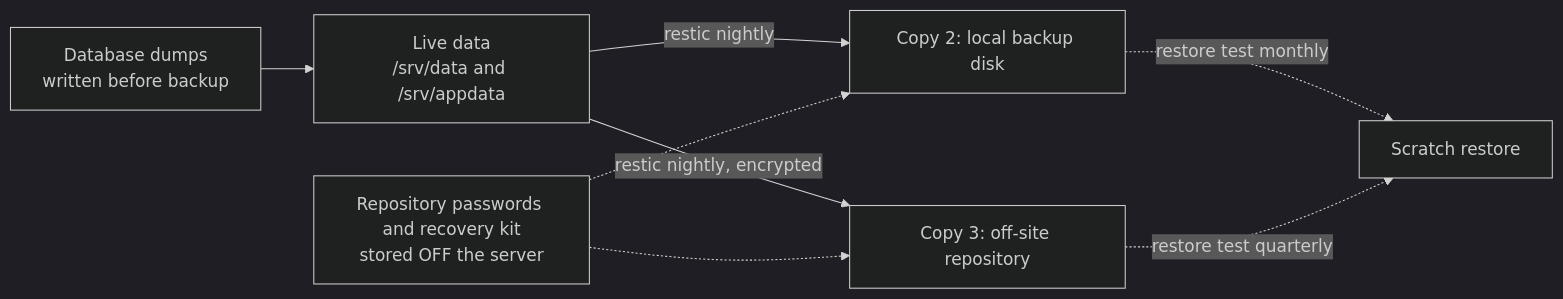
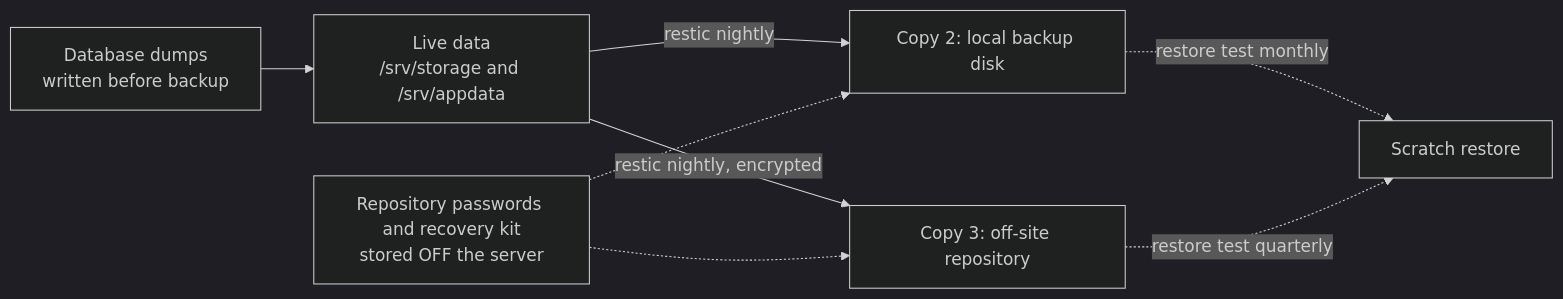
One commit to MEDHUN17/dharane changed the fourth of 11 diagrams in docs/01-architecture.md. Above: the diagram before and after it, drawn with Mermaid (dark theme). The commit also changed other lines of this file and 10 other files, not shown here.

First line of the commit message:
Add design decisions, storage layout, hardware tiers, roadmap, Part L

````diff
--- a/docs/01-architecture.md
+++ b/docs/01-architecture.md
@@ -109,10 +109,10 @@
 ```mermaid
 flowchart LR
-  LIVE["Live data<br/>/srv/data and /srv/appdata"] -->|"restic nightly"| LOCAL["Copy 2: local backup disk"]
+  LIVE["Live data<br/>/srv/storage and /srv/appdata"] -->|"restic nightly"| LOCAL["Copy 2: local backup disk"]
   LIVE -->|"restic nightly, encrypted"| OFF["Copy 3: off-site repository"]
   DUMP["Database dumps<br/>written before backup"] --> LIVE
   KEYS["Repository passwords and recovery kit<br/>stored OFF the server"] -.-> LOCAL
   KEYS -.-> OFF
   LOCAL -.->|"restore test monthly"| TEST["Scratch restore"]
   OFF -.->|"restore test quarterly"| TEST
 ```
````
